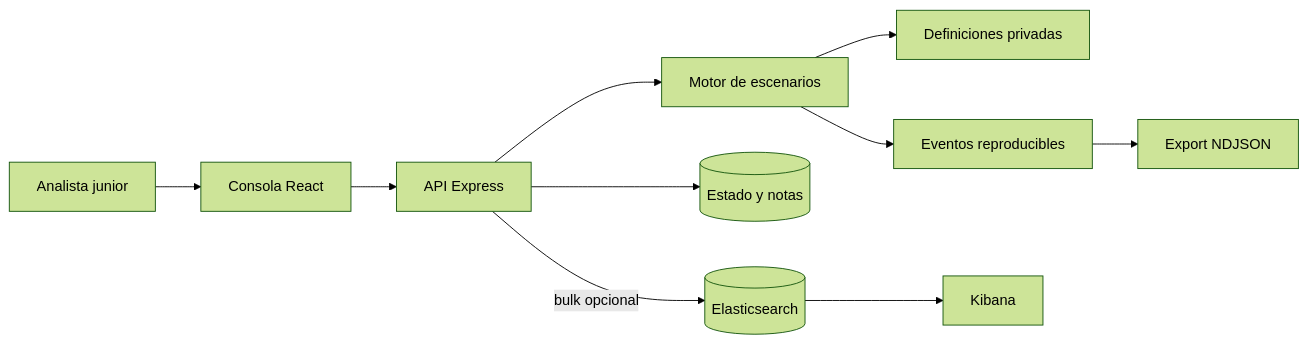
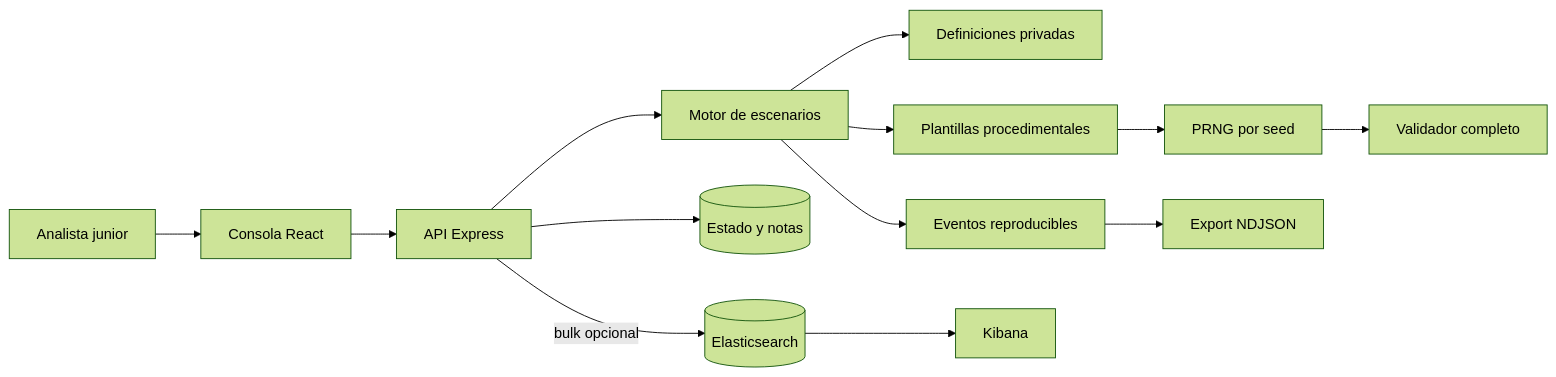
The diagram in README.md (Urbii22/SOC-Simulator), drawn with Mermaid (forest theme) before and after one commit. The commit also changed other lines of this file and 24 other files, not shown here.

````diff
--- a/README.md
+++ b/README.md
@@ -81,12 +94,15 @@
 ```mermaid
 flowchart LR
   Student[Analista junior] --> UI[Consola React]
   UI --> API[API Express]
   API --> Engine[Motor de escenarios]
   Engine --> Definitions[Definiciones privadas]
+  Engine --> Templates[Plantillas procedimentales]
+  Templates --> RNG[PRNG por seed]
+  RNG --> Validator[Validador completo]
   Engine --> Events[Eventos reproducibles]
   API --> State[(Estado y notas)]
   API -->|bulk opcional| ES[(Elasticsearch)]
   ES --> Kibana[Kibana]
   Events --> NDJSON[Export NDJSON]
 ```
````
